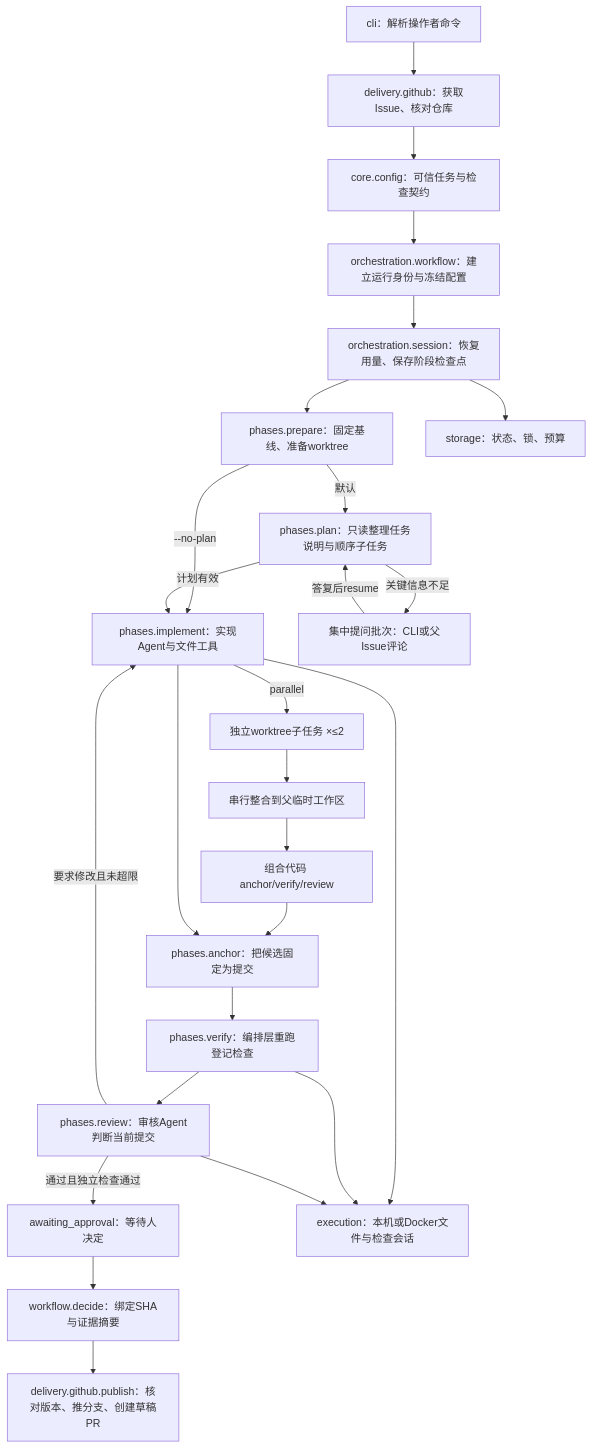
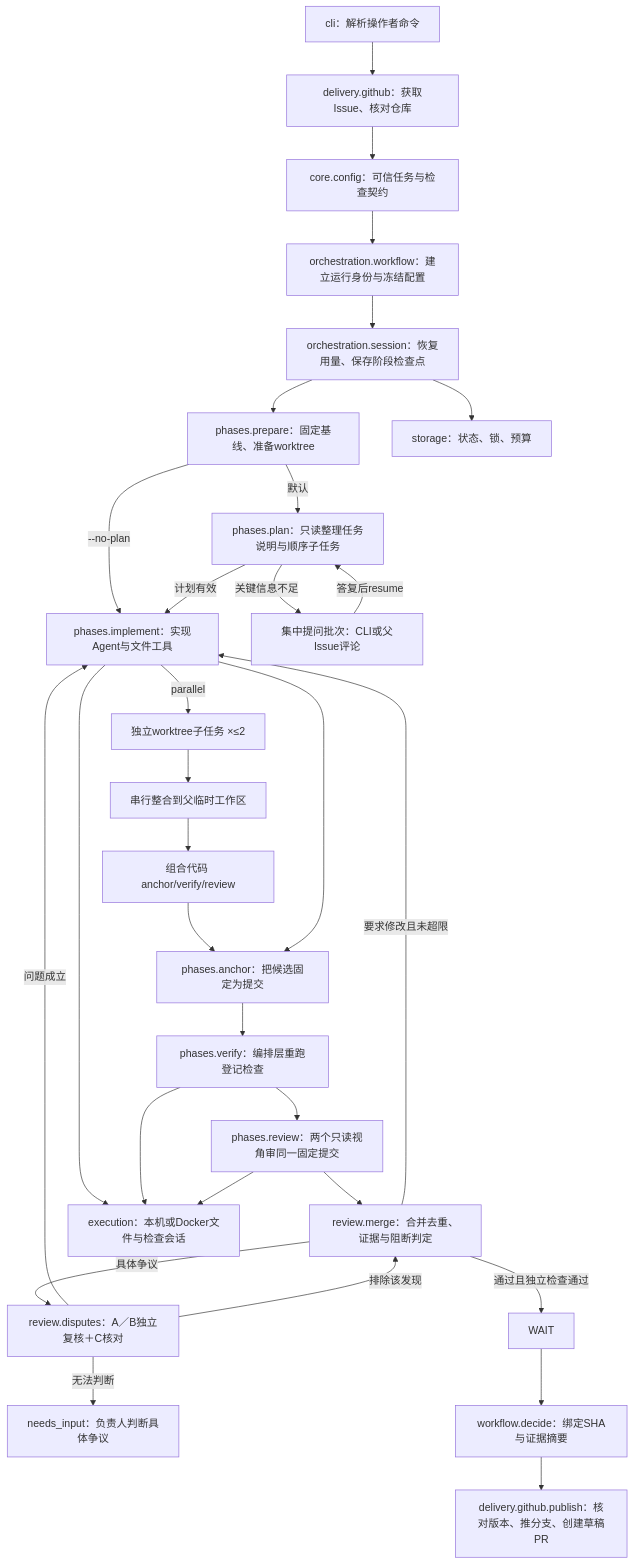
One commit to saikaji0314/repopilot changed the diagram in docs/runtime-v2/DESIGN.md. Above: the diagram before and after it, drawn with Mermaid. The commit also changed other lines of this file and 46 other files, not shown here.

````diff
--- a/docs/runtime-v2/DESIGN.md
+++ b/docs/runtime-v2/DESIGN.md
@@ -7,28 +7,33 @@
 ```mermaid
 flowchart TD
     CLI[cli：解析操作者命令] --> IN[delivery.github：获取Issue、核对仓库]
     IN --> TASK[core.config：可信任务与检查契约]
     TASK --> JOB[orchestration.workflow：建立运行身份与冻结配置]
     JOB --> SESSION[orchestration.session：恢复用量、保存阶段检查点]
     SESSION --> PREP[phases.prepare：固定基线、准备worktree]
     PREP -->|默认| PLAN[phases.plan：只读整理任务说明与顺序子任务]
     PREP -->|--no-plan| IMPL[phases.implement：实现Agent与文件工具]
     PLAN -->|关键信息不足| ASK[集中提问批次：CLI或父Issue评论]
     ASK -->|答复后resume| PLAN
     PLAN -->|计划有效| IMPL
     IMPL -->|parallel| WORKERS[独立worktree子任务 ×≤2]
     WORKERS --> INTEG[串行整合到父临时工作区]
     INTEG --> IMPL2[组合代码 anchor/verify/review]
     IMPL2 --> ANCHOR
     IMPL --> ANCHOR[phases.anchor：把候选固定为提交]
     ANCHOR --> VERIFY[phases.verify：编排层重跑登记检查]
-    VERIFY --> REVIEW[phases.review：审核Agent判断当前提交]
-    REVIEW -->|要求修改且未超限| IMPL
-    REVIEW -->|通过且独立检查通过| WAIT[awaiting_approval：等待人决定]
+    VERIFY --> REVIEW[phases.review：两个只读视角审同一固定提交]
+    REVIEW --> MERGE[review.merge：合并去重、证据与阻断判定]
+    MERGE -->|要求修改且未超限| IMPL
+    MERGE -->|具体争议| ABC[review.disputes：A／B独立复核＋C核对]
+    ABC -->|问题成立| IMPL
+    ABC -->|排除该发现| MERGE
+    ABC -->|无法判断| NEED[needs_input：负责人判断具体争议]
+    MERGE -->|通过且独立检查通过| WAIT
     WAIT --> APPROVE[workflow.decide：绑定SHA与证据摘要]
     APPROVE --> PUB[delivery.github.publish：核对版本、推分支、创建草稿PR]
     SESSION --> DB[storage：状态、锁、预算]
     IMPL --> EXEC[execution：本机或Docker文件与检查会话]
     VERIFY --> EXEC
     REVIEW --> EXEC
 ```
````
